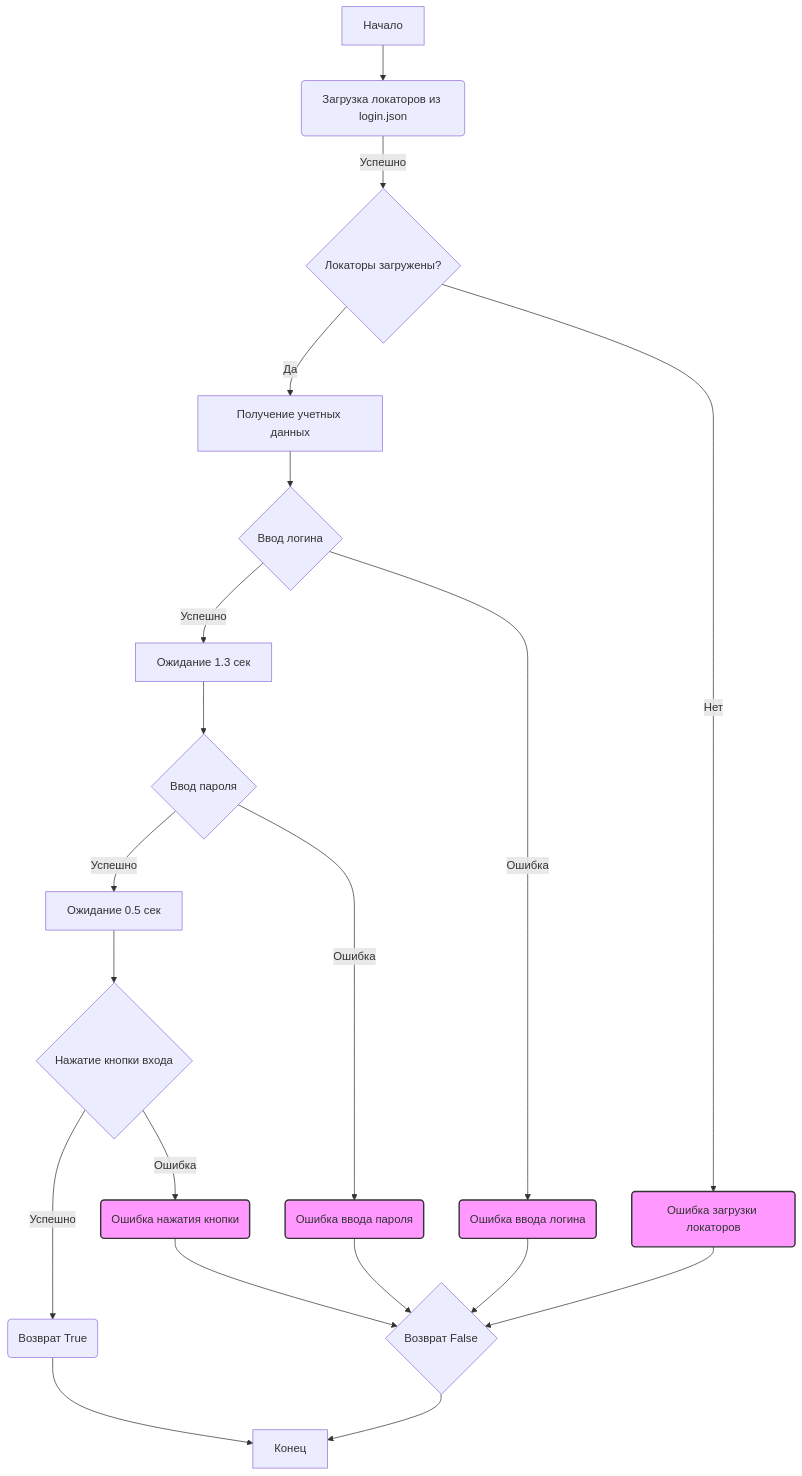
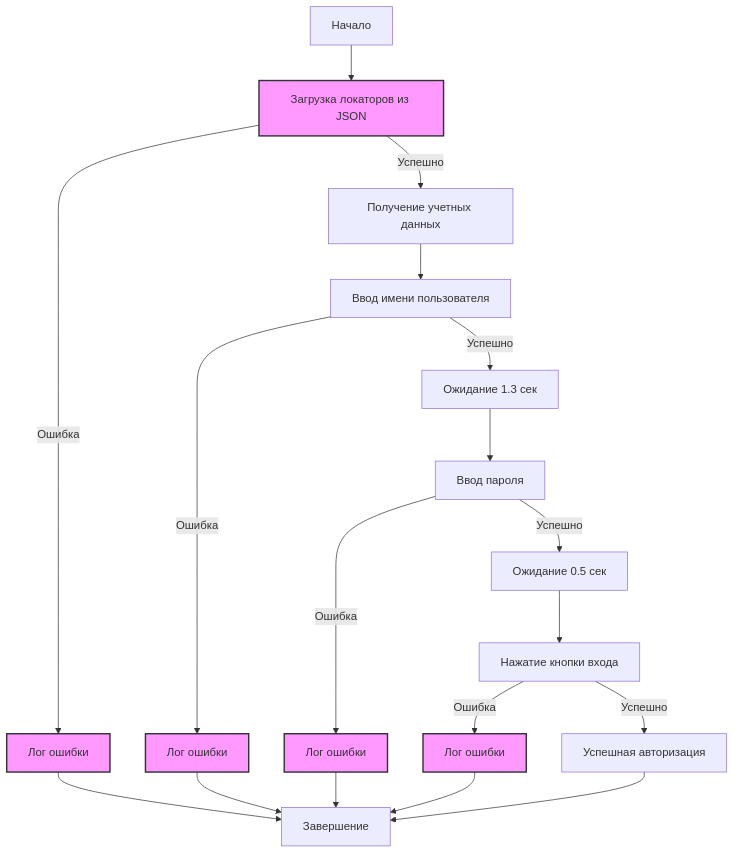
One commit to hypo69/hypo changed the first of 3 diagrams in docs/gemini/ru/explainer/src/endpoints/advertisement/facebook/scenarios/login.py.md. Above: the diagram before and after it, drawn with Mermaid. The commit also changed other lines of this file and 6031 other files, not shown here.

````diff
--- a/docs/gemini/ru/explainer/src/endpoints/advertisement/facebook/scenarios/login.py.md
+++ b/docs/gemini/ru/explainer/src/endpoints/advertisement/facebook/scenarios/login.py.md
@@ -41,25 +7,29 @@
 ```mermaid
 graph TD
-    A[Начало] --> B(Загрузка локаторов из login.json);
-    B -- Успешно --> C{Локаторы загружены?};
-    C -- Да --> D[Получение учетных данных];
-    C -- Нет --> E(Ошибка загрузки локаторов);
-    D --> F{Ввод логина};
-    F -- Успешно --> G[Ожидание 1.3 сек];
-    F -- Ошибка --> H(Ошибка ввода логина);
-    H --> Z{Возврат False}
-    G --> I{Ввод пароля};
-    I -- Успешно --> J[Ожидание 0.5 сек];
-    I -- Ошибка --> K(Ошибка ввода пароля);
-    K --> Z
-    J --> L{Нажатие кнопки входа};
-    L -- Успешно --> M(Возврат True);
-    L -- Ошибка --> N(Ошибка нажатия кнопки);
-    N --> Z;
-    E --> Z;
-    M --> O[Конец];
-     Z --> O
+    Start[Начало] --> LoadLocators[Загрузка локаторов из JSON]
+    LoadLocators -- Успешно --> GetCredentials[Получение учетных данных]
+    LoadLocators -- Ошибка --> ErrorLog[Лог ошибки]
+    ErrorLog --> End[Завершение]
+    GetCredentials --> InputUsername[Ввод имени пользователя]
+    InputUsername -- Успешно --> Wait1[Ожидание 1.3 сек]
+    InputUsername -- Ошибка --> ErrorLogUsername[Лог ошибки]
+    ErrorLogUsername --> End
+    Wait1 --> InputPassword[Ввод пароля]
+    InputPassword -- Успешно --> Wait2[Ожидание 0.5 сек]
+    InputPassword -- Ошибка --> ErrorLogPassword[Лог ошибки]
+    ErrorLogPassword --> End
+    Wait2 --> ClickLoginButton[Нажатие кнопки входа]
+    ClickLoginButton -- Успешно --> LoginSuccess[Успешная авторизация]
+    ClickLoginButton -- Ошибка --> ErrorLogButton[Лог ошибки]
+    ErrorLogButton --> End
+    LoginSuccess --> End
+    
+    End[Завершение]
+    
+    style LoadLocators fill:#f9f,stroke:#333,stroke-width:2px
+    style ErrorLog fill:#f9f,stroke:#333,stroke-width:2px
+    style ErrorLogUsername fill:#f9f,stroke:#333,stroke-width:2px
+    style ErrorLogPassword fill:#f9f,stroke:#333,stroke-width:2px
+    style ErrorLogButton fill:#f9f,stroke:#333,stroke-width:2px
 
-    classDef error fill:#f9f,stroke:#333,stroke-width:2px
-    class E,H,K,N error
 ```
````
